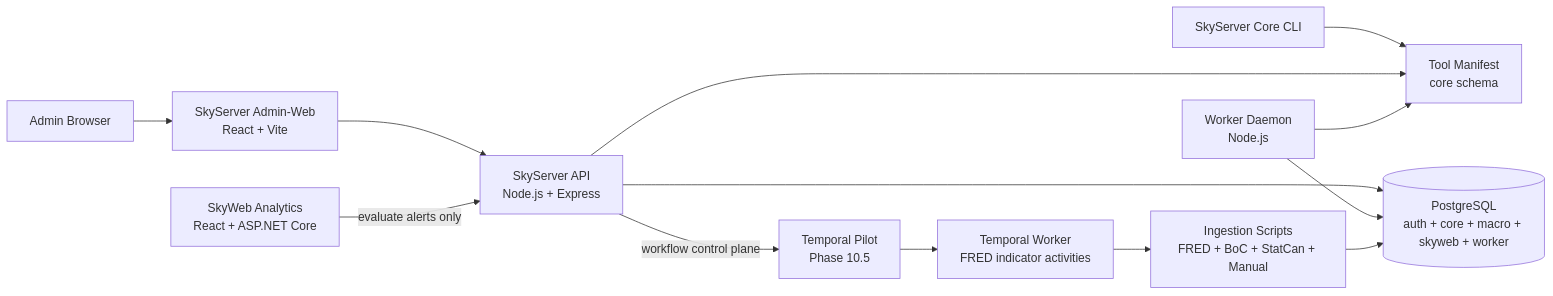
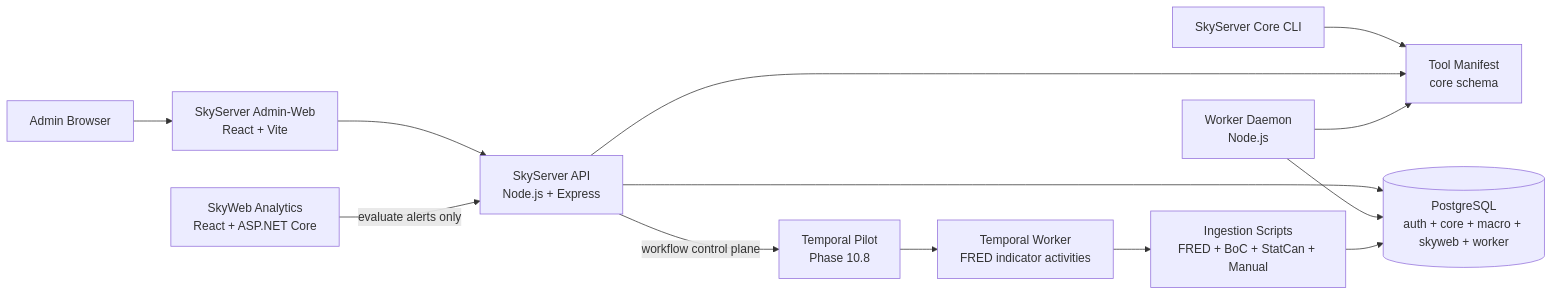
One commit to PStar1980/SkyCommand changed the diagram in README.md. Above: the diagram before and after it, drawn with Mermaid. The commit also changed other lines of this file and 9 other files, not shown here.

````diff
--- a/README.md
+++ b/README.md
@@ -54,15 +54,15 @@
 ```mermaid
 flowchart LR
     Admin[Admin Browser] --> AdminWeb["SkyServer Admin-Web<br/>React + Vite"]
     AdminWeb --> Api["SkyServer API<br/>Node.js + Express"]
     Core[SkyServer Core CLI] --> Tools["Tool Manifest<br/>core schema"]
     Api --> Tools
     Api --> Db[("PostgreSQL<br/>auth + core + macro + skyweb + worker")]
     Worker["Worker Daemon<br/>Node.js"] --> Db
     Worker --> Tools
     Ingestion["Ingestion Scripts<br/>FRED + BoC + StatCan + Manual"] --> Db
     SkyWeb["SkyWeb Analytics<br/>React + ASP.NET Core"] -->|evaluate alerts only| Api
-    Api -->|workflow control plane| Temporal["Temporal Pilot<br/>Phase 10.5"]
+    Api -->|workflow control plane| Temporal["Temporal Pilot<br/>Phase 10.8"]
     Temporal --> TemporalWorker["Temporal Worker<br/>FRED indicator activities"]
     TemporalWorker --> Ingestion
 ```
````
